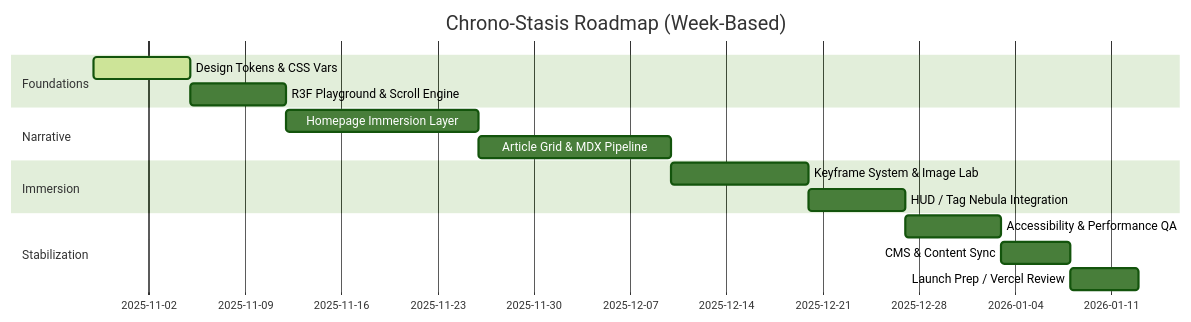
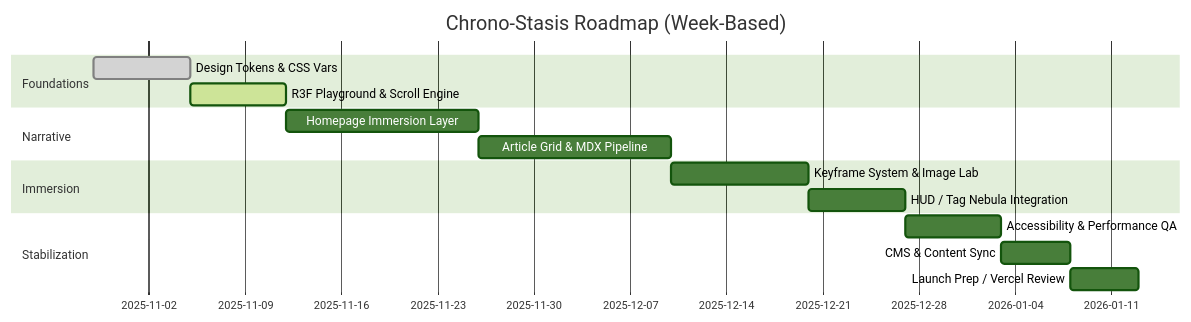
One commit to Ebotian/chrona changed the diagram in 实现方案.md. Above: the diagram before and after it, drawn with Mermaid (forest theme). The commit also changed other lines of this file and 23 other files, not shown here.

````diff
--- a/实现方案.md
+++ b/实现方案.md
@@ -99,18 +99,18 @@
 ```mermaid
 gantt
    title Chrono-Stasis Roadmap (Week-Based)
    dateFormat  YYYY-MM-DD
    section Foundations
-   Design Tokens & CSS Vars        :active,     ft1, 2025-10-29, 7d
-   R3F Playground & Scroll Engine  :            ft2, 2025-11-05, 7d
+   Design Tokens & CSS Vars        :done,     ft1, 2025-10-29, 7d
+   R3F Playground & Scroll Engine  :  active,          ft2, 2025-11-05, 7d
    section Narrative
    Homepage Immersion Layer        :         nv1, 2025-11-12, 14d
    Article Grid & MDX Pipeline     :         nv2, after nv1, 14d
    section Immersion
    Keyframe System & Image Lab     :         im1, after nv2, 10d
    HUD / Tag Nebula Integration    :         im2, after im1, 7d
    section Stabilization
    Accessibility & Performance QA  :         st1, after im2, 7d
    CMS & Content Sync              :         st2, after st1, 5d
    Launch Prep / Vercel Review     :         st3, after st2, 5d
 ```
````
